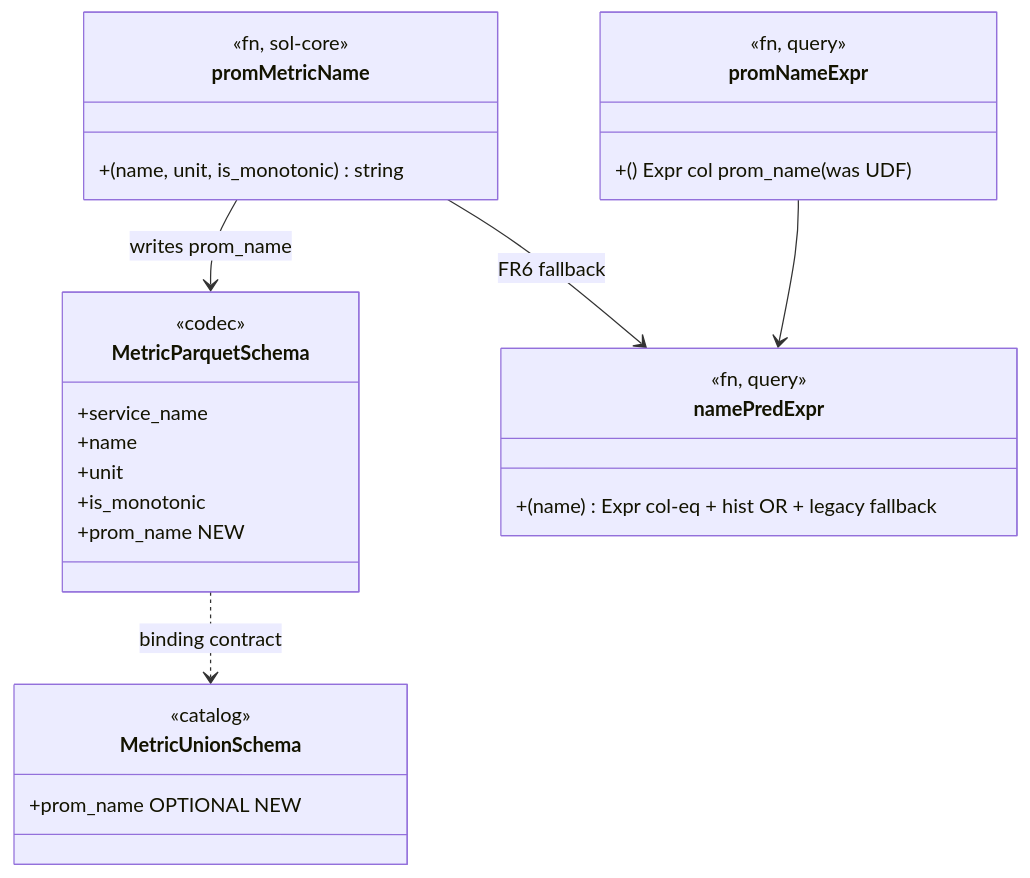
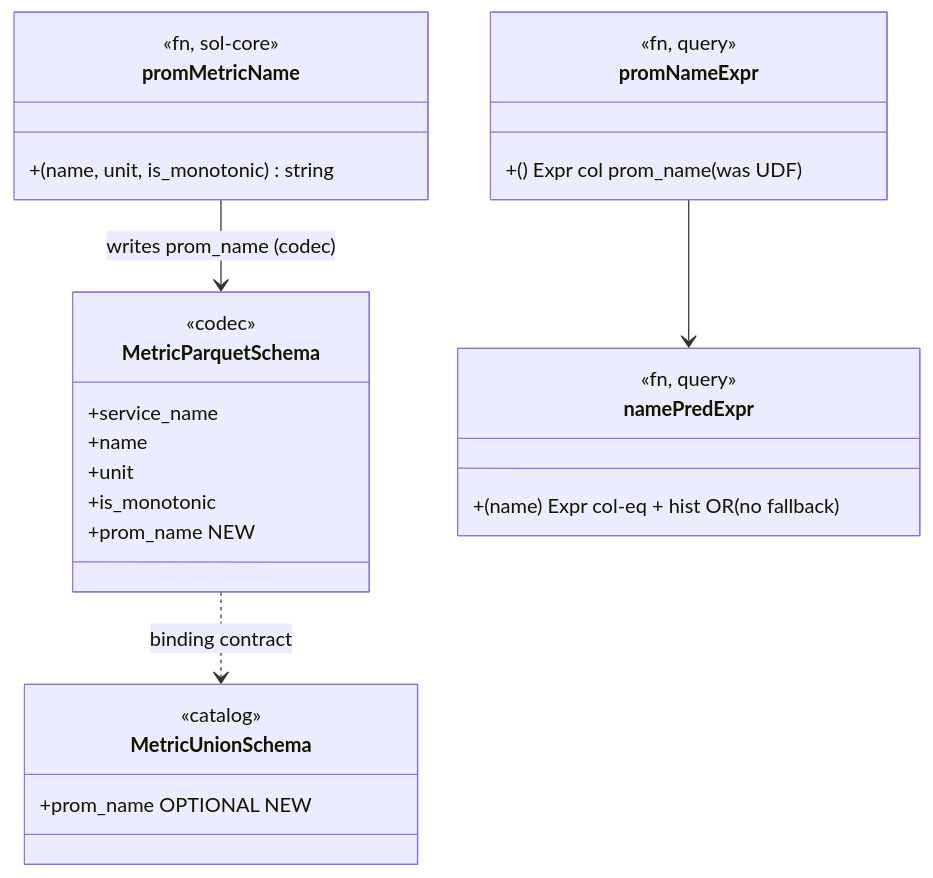
The diagram in docs/workspace/prom-name-column/TASKS.md (cboudereau/sol), drawn with Mermaid before and after one commit. The commit also changed other lines of this file and 5 other files, not shown here.

First line of the commit message:
docs(prom-name-column): drop retro-compat, remove the UDF

````diff
--- a/docs/workspace/prom-name-column/TASKS.md
+++ b/docs/workspace/prom-name-column/TASKS.md
@@ -43,31 +43,30 @@
 ```mermaid
 classDiagram
     class promMetricName {
         <<fn, sol-core>>
         +(name, unit, is_monotonic) string
     }
     class MetricParquetSchema {
         <<codec>>
         +service_name
         +name
         +unit
         +is_monotonic
         +prom_name  NEW
     }
     class MetricUnionSchema {
         <<catalog>>
         +prom_name OPTIONAL  NEW
     }
     class promNameExpr {
         <<fn, query>>
         +() Expr  col prom_name (was UDF)
     }
     class namePredExpr {
         <<fn, query>>
-        +(name) Expr  col-eq + hist OR + legacy fallback
+        +(name) Expr  col-eq + hist OR (no fallback)
     }
-    promMetricName --> MetricParquetSchema : writes prom_name
-    promMetricName --> namePredExpr : FR6 fallback
+    promMetricName --> MetricParquetSchema : writes prom_name (codec)
     MetricParquetSchema ..> MetricUnionSchema : binding contract
     promNameExpr --> namePredExpr
 ```
````
